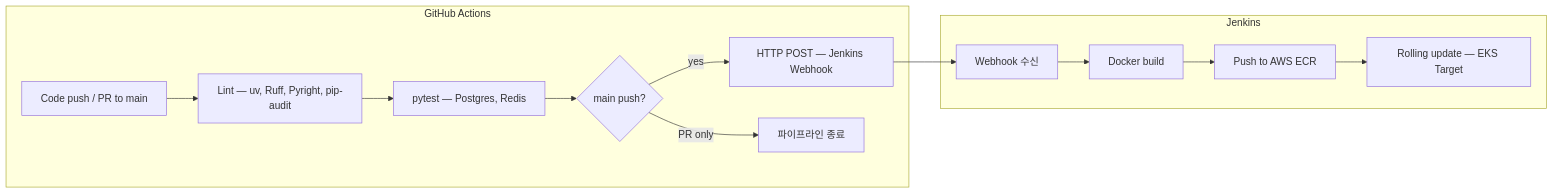
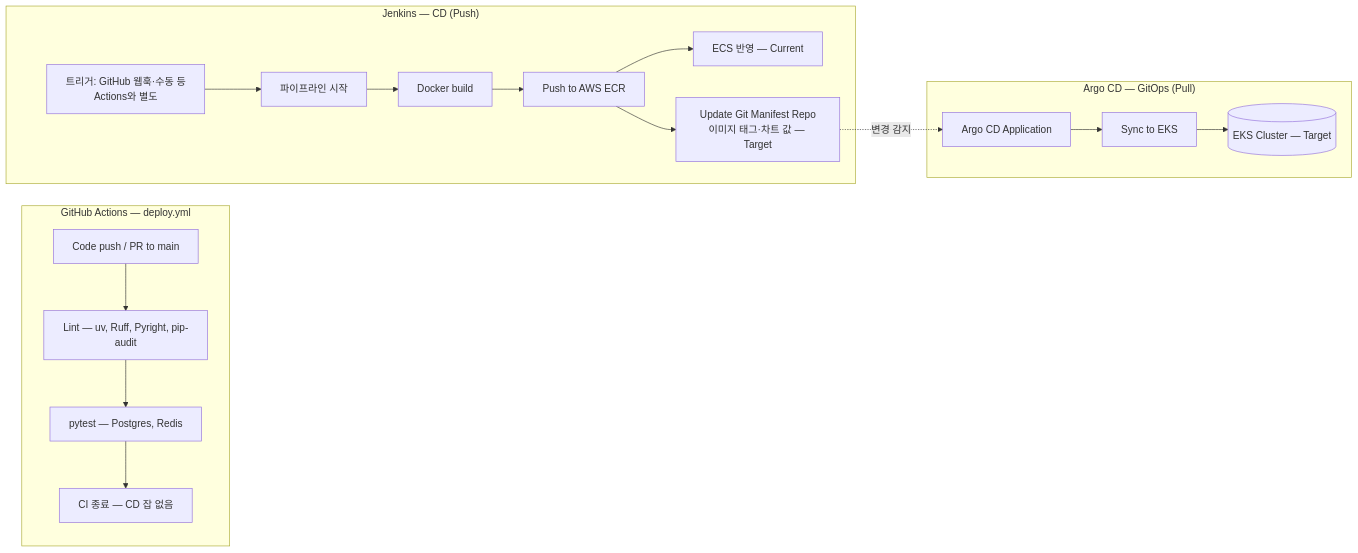
Before and after one commit to kyjness/2-kyjness-community-be: the diagram in docs/kubernetes-cicd-pipeline-report.md, drawn with Mermaid. The commit also changed other lines of this file and 3 other files, not shown here.

````diff
--- a/docs/kubernetes-cicd-pipeline-report.md
+++ b/docs/kubernetes-cicd-pipeline-report.md
@@ -27,17 +86,22 @@
 ```mermaid
 flowchart LR
-    subgraph GA["GitHub Actions"]
+    subgraph GA["GitHub Actions — deploy.yml"]
         G[Code push / PR to main] --> L[Lint — uv, Ruff, Pyright, pip-audit]
         L --> T[pytest — Postgres, Redis]
-        T --> D{main push?}
-        D -->|yes| WH[HTTP POST — Jenkins Webhook]
-        D -->|PR only| STOP[파이프라인 종료]
+        T --> ENDGA[CI 종료 — CD 잡 없음]
     end
 
-    subgraph JK["Jenkins"]
-        WH --> R[Webhook 수신]
+    subgraph JK["Jenkins — CD (Push)"]
+        TR["트리거: GitHub 웹훅·수동 등<br/>Actions와 별도"] --> R[파이프라인 시작]
         R --> B[Docker build]
         B --> ECR[Push to AWS ECR]
-        ECR --> EKS[Rolling update — EKS Target]
+        ECR --> ECS_DEP[ECS 반영 — Current]
+        ECR --> GIT[Update Git Manifest Repo<br/>이미지 태그·차트 값 — Target]
+    end
+
+    subgraph AR["Argo CD — GitOps (Pull)"]
+        GIT -.->|변경 감지| ARGO[Argo CD Application]
+        ARGO --> SYNC[Sync to EKS]
+        SYNC --> EKS[(EKS Cluster — Target)]
     end
 ```
````
